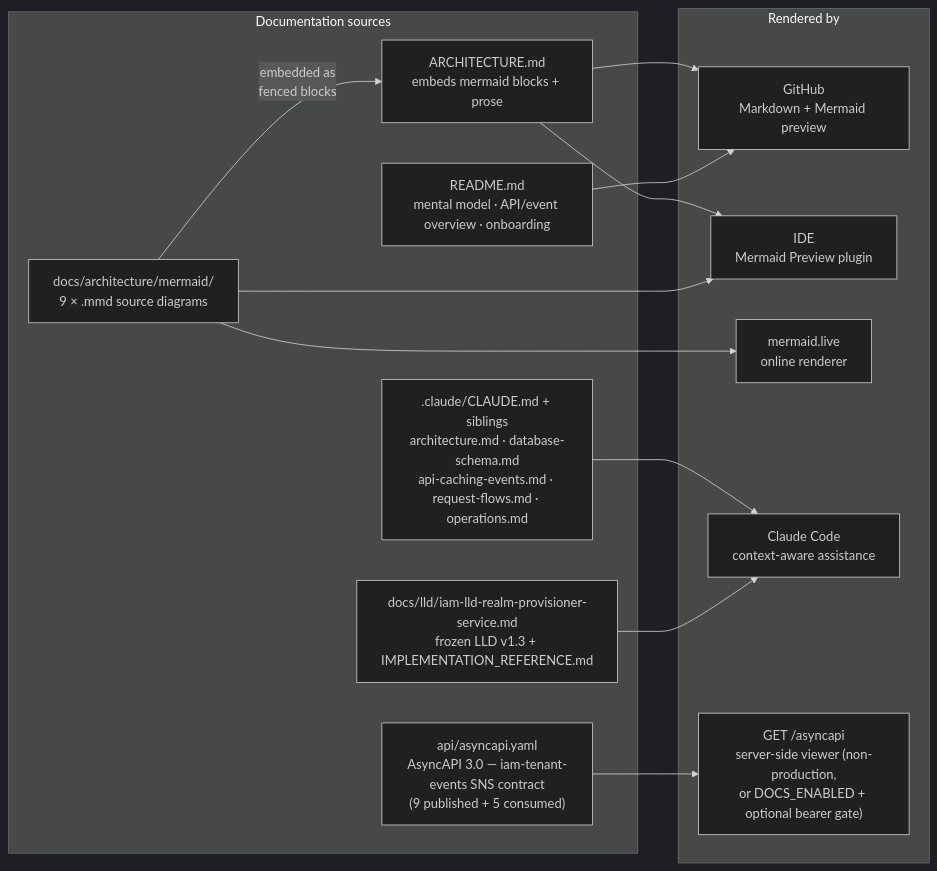
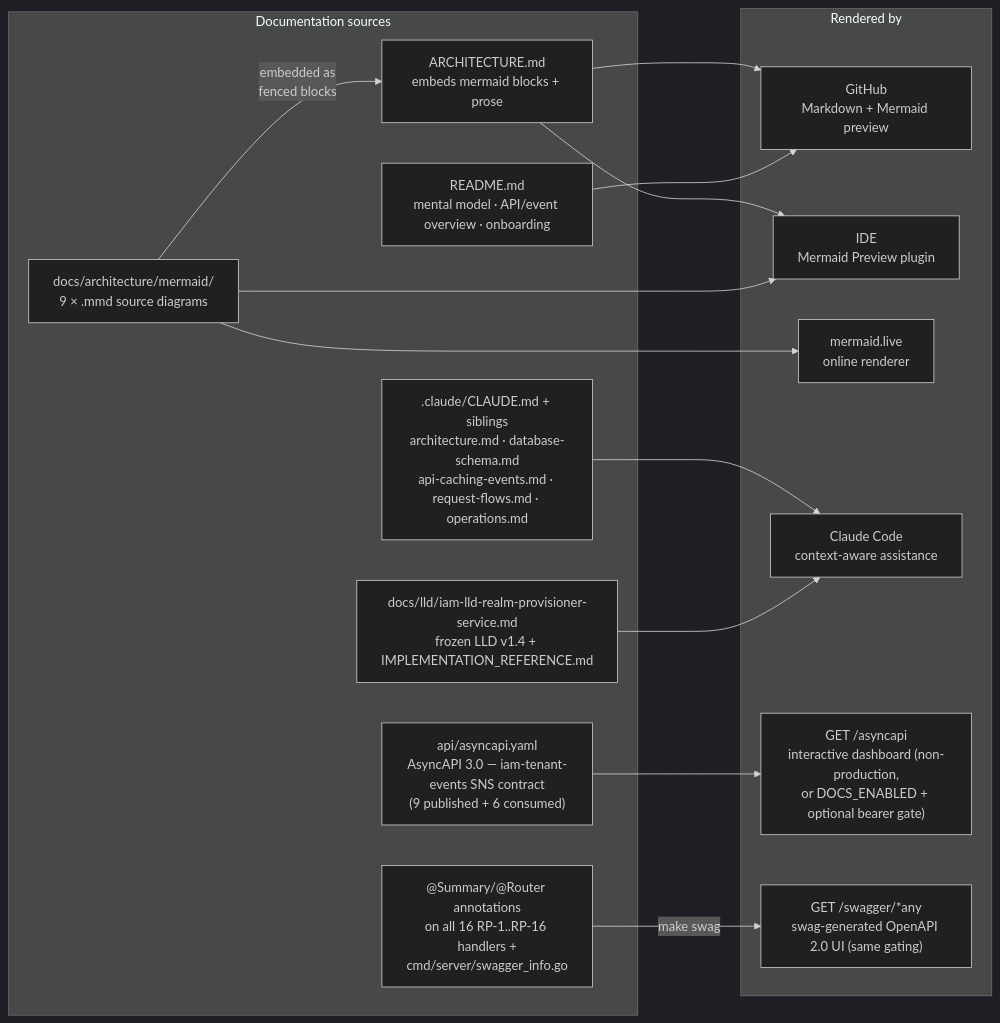
Before and after one commit to BCBP-SOLUTIONS-FZC-LLC/iam-realm-provisioner: the tenth of 10 diagrams in ARCHITECTURE.md, drawn with Mermaid (dark theme). The commit also changed other lines of this file and 9 other files, not shown here.

First line of the commit message:
docs: catch docs up to Swagger UI + lifecycle/IdP hardening (LLD v1.3 -> v1.4)

````diff
--- a/ARCHITECTURE.md
+++ b/ARCHITECTURE.md
@@ -1038,27 +1039,30 @@
 ```mermaid
 graph LR
     subgraph sources["Documentation sources"]
         mmd["docs/architecture/mermaid/\n9 × .mmd source diagrams"]
         arch["ARCHITECTURE.md\nembeds mermaid blocks + prose"]
         claude[".claude/CLAUDE.md + siblings\narchitecture.md · database-schema.md\napi-caching-events.md · request-flows.md · operations.md"]
         readme["README.md\nmental model · API/event overview · onboarding"]
-        asyncapi_yaml["api/asyncapi.yaml\nAsyncAPI 3.0 — iam-tenant-events SNS contract\n(9 published + 5 consumed)"]
-        lld["docs/lld/iam-lld-realm-provisioner-service.md\nfrozen LLD v1.3 + IMPLEMENTATION_REFERENCE.md"]
+        asyncapi_yaml["api/asyncapi.yaml\nAsyncAPI 3.0 — iam-tenant-events SNS contract\n(9 published + 6 consumed)"]
+        swag_annot["@Summary/@Router annotations\non all 16 RP-1..RP-16 handlers +\ncmd/server/swagger_info.go"]
+        lld["docs/lld/iam-lld-realm-provisioner-service.md\nfrozen LLD v1.4 + IMPLEMENTATION_REFERENCE.md"]
     end
 
     subgraph rendered["Rendered by"]
         github["GitHub\nMarkdown + Mermaid preview"]
         ide["IDE\nMermaid Preview plugin"]
         live["mermaid.live\nonline renderer"]
         claude_ai["Claude Code\ncontext-aware assistance"]
-        asyncapi_viewer["GET /asyncapi\nserver-side viewer (non-production,\nor DOCS_ENABLED + optional bearer gate)"]
+        asyncapi_viewer["GET /asyncapi\ninteractive dashboard (non-production,\nor DOCS_ENABLED + optional bearer gate)"]
+        swagger_ui["GET /swagger/*any\nswag-generated OpenAPI 2.0 UI (same gating)"]
     end
 
     mmd  -->|"embedded as\nfenced blocks"| arch
     arch --> github & ide
     mmd  --> live & ide
     claude --> claude_ai
     readme --> github
     lld --> claude_ai
     asyncapi_yaml --> asyncapi_viewer
+    swag_annot -->|"make swag"| swagger_ui
 ```
````
